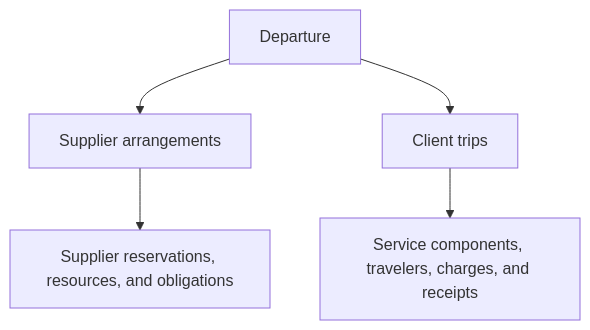
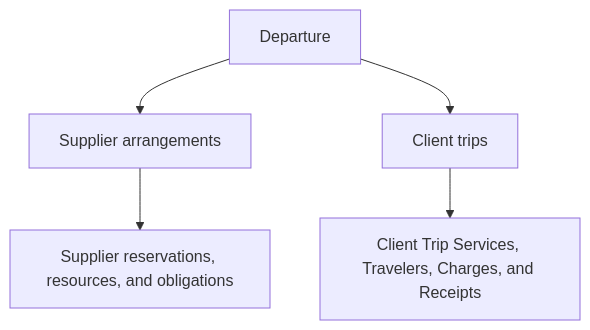
One commit to tswarren/DepartureDesk changed the diagram in README.md. Above: the diagram before and after it, drawn with Mermaid. The commit also changed other lines of this file and 61 other files, not shown here.

Commit message:
Reorganize documentation around current architecture

````diff
--- a/README.md
+++ b/README.md
@@ -20,8 +20,8 @@
 ```mermaid
 flowchart TD
     D[Departure]
     D --> SA[Supplier arrangements]
     D --> CT[Client trips]
     SA --> SR[Supplier reservations, resources, and obligations]
-    CT --> SC[Service components, travelers, charges, and receipts]
+    CT --> SC[Client Trip Services, Travelers, Charges, and Receipts]
 ```
````
